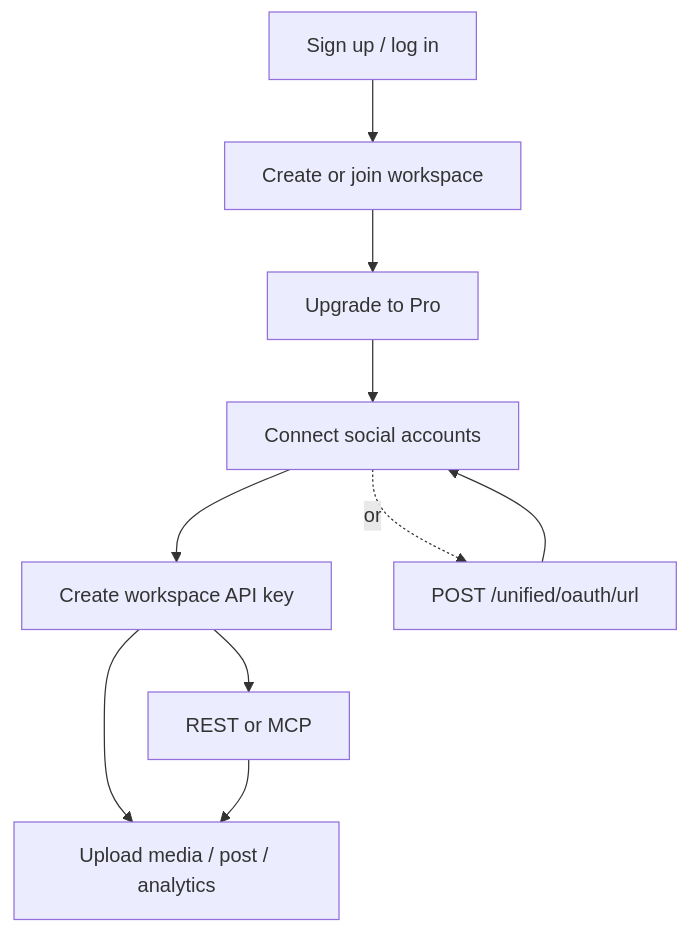
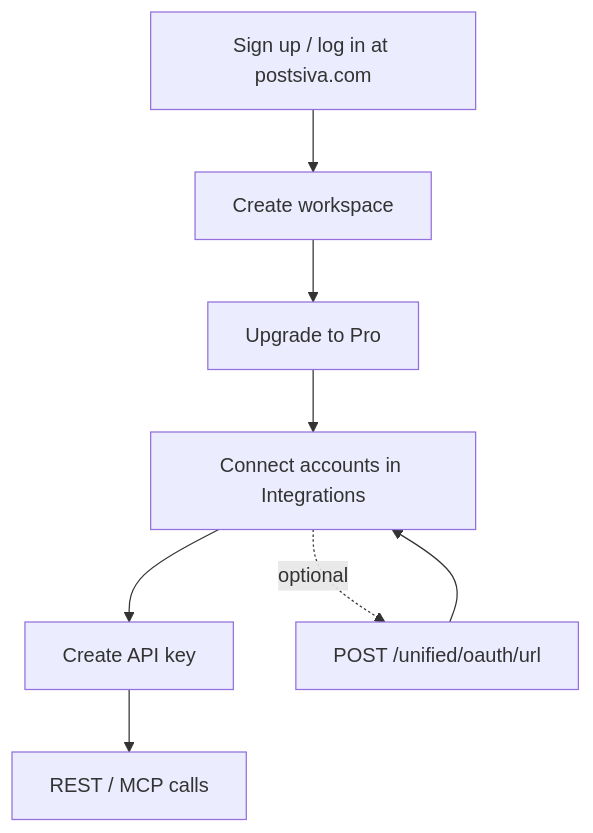
Before and after one commit to muhammad-uzair-yasin/postsiva-docs: the diagram in guides/complete-setup.mdx, drawn with Mermaid. The commit also changed other lines of this file and 2 other files, not shown here.

Commit message:
Docs: clarify get-started flow (login → workspace → connect → API key → REST).

````diff
--- a/guides/complete-setup.mdx
+++ b/guides/complete-setup.mdx
@@ -8,12 +14,10 @@
 ```mermaid
 flowchart TD
-  A[Sign up / log in] --> B[Create or join workspace]
+  A[Sign up / log in at postsiva.com] --> B[Create workspace]
   B --> C[Upgrade to Pro]
-  C --> D[Connect social accounts]
-  D --> E[Create workspace API key]
-  E --> F[Upload media / post / analytics]
-  D -.->|or| G[POST /unified/oauth/url]
+  C --> D[Connect accounts in Integrations]
+  D --> E[Create API key]
+  E --> F[REST / MCP calls]
+  D -.->|optional| G[POST /unified/oauth/url]
   G --> D
-  E --> H[REST or MCP]
-  H --> F
 ```
````
